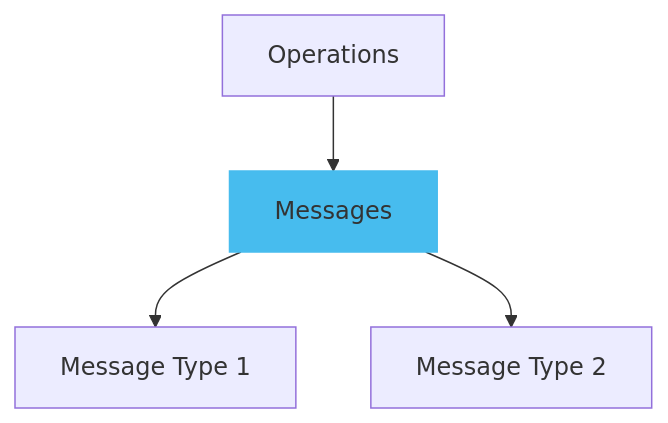
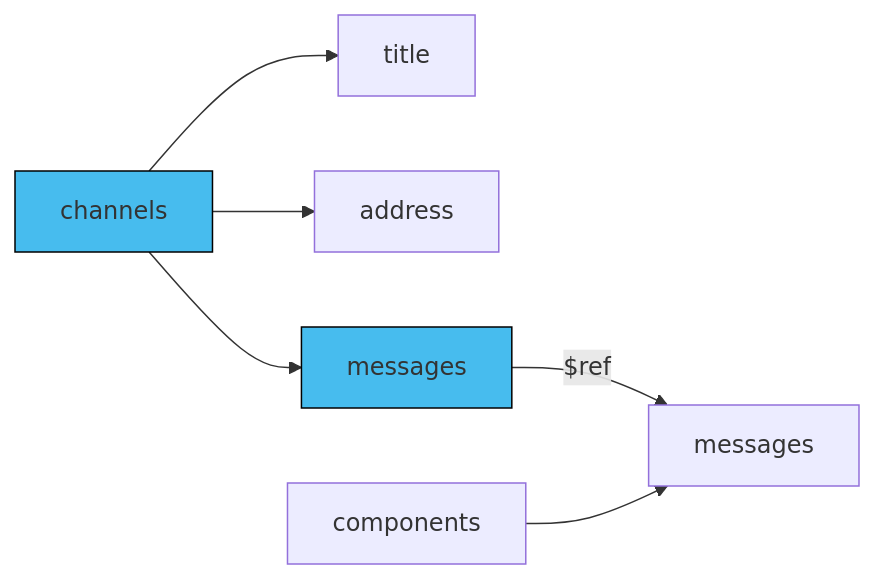
The diagram in pages/docs/concepts/asyncapi-document/adding-messages.md (asyncapi/website), drawn with Mermaid before and after one commit. The commit also changed other lines of this file, not shown here.

````diff
--- a/pages/docs/concepts/asyncapi-document/adding-messages.md
+++ b/pages/docs/concepts/asyncapi-document/adding-messages.md
@@ -39,7 +15,17 @@
 ```mermaid
-graph TD;
-    A[Operations] --> B[Messages]
-    B --> C[Message Type 1]
-    B --> D[Message Type 2]
-    style B fill:#47BCEE,stroke:#47BCEE;
+graph LR
+  C[channels]
+  F[title]
+  I[address]
+  A[components]
+  B[messages]
+  D[messages]
+  C --> F
+  C --> I
+  C --> D
+  D --> |$ref| B
+  A --> B
+  
+  style C fill:#47BCEE,stroke:#000;
+  style D fill:#47BCEE,stroke:#000;
 ```
````
